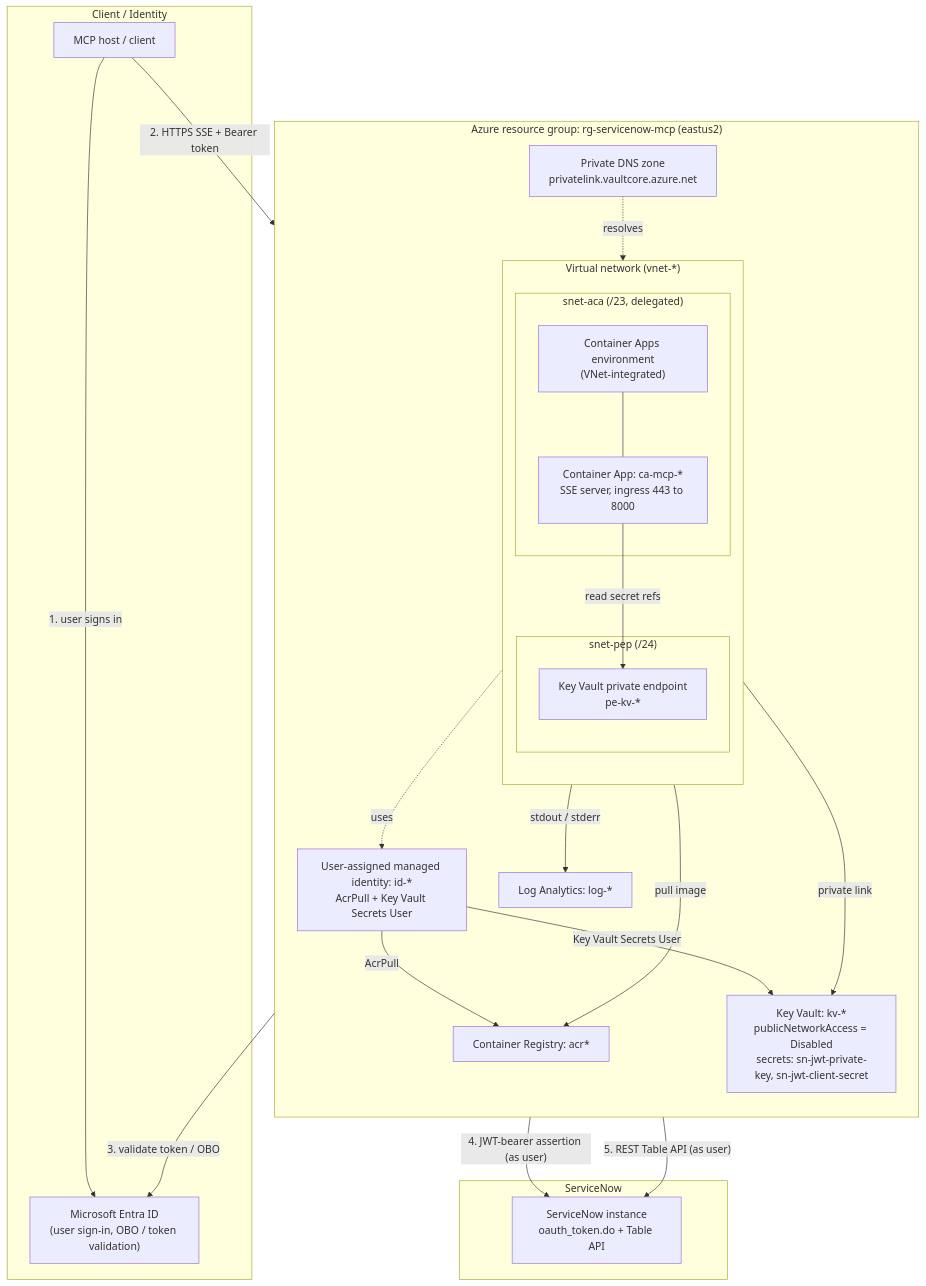
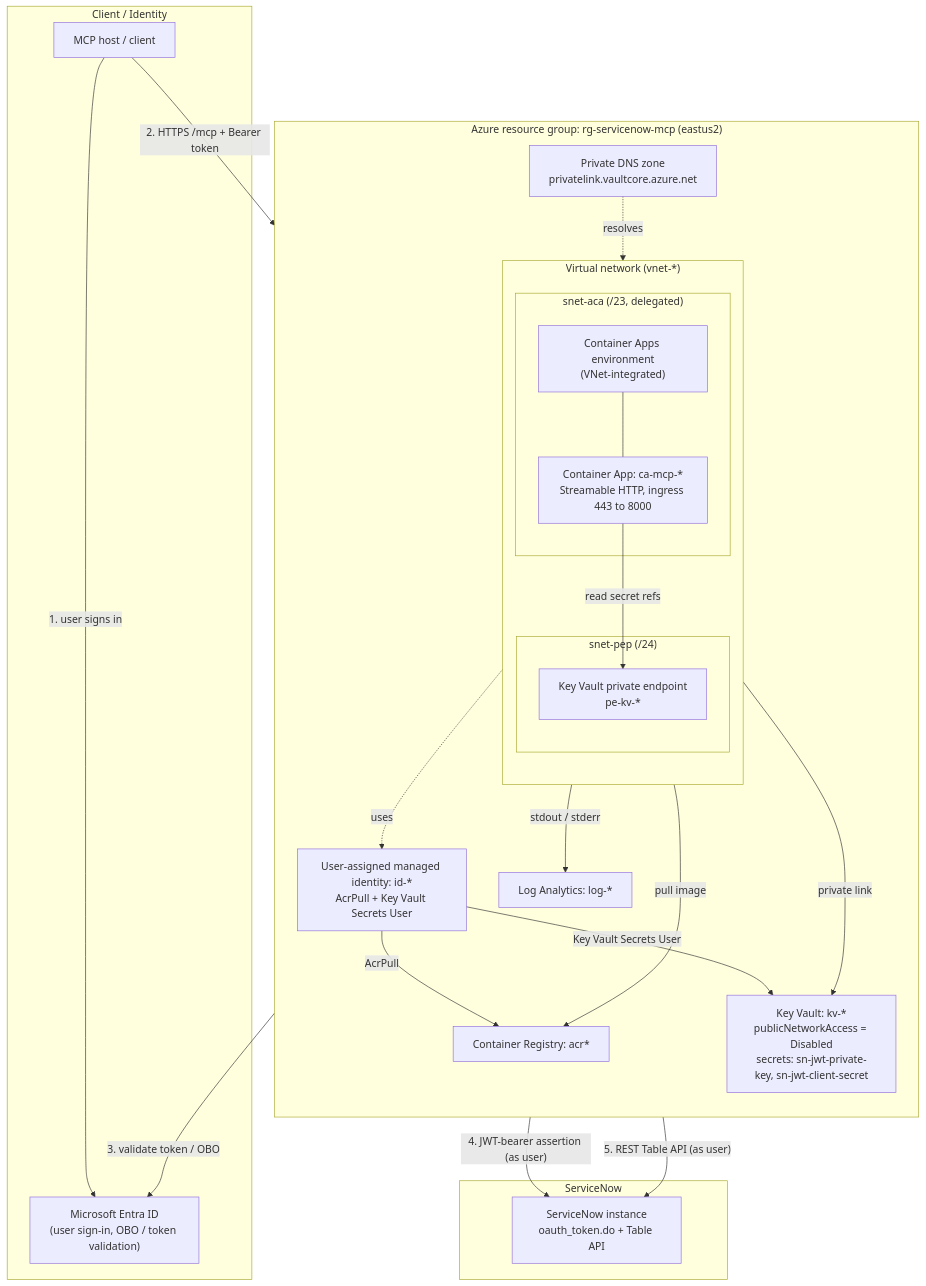
The fourth of 5 diagrams in README.md (drewelewis/ai-servicenow-mcp-obo), drawn with Mermaid before and after one commit. The commit also changed other lines of this file and 20 other files, not shown here.

Commit message:
Add-Streamable-HTTP-and-automate-Entra-deployment

````diff
--- a/README.md
+++ b/README.md
@@ -1140,46 +1098,46 @@
 ```mermaid
 flowchart TB
     subgraph Client["Client / Identity"]
         Host["MCP host / client"]
         Entra["Microsoft Entra ID<br/>(user sign-in, OBO / token validation)"]
     end
 
     subgraph SN["ServiceNow"]
         SNInstance["ServiceNow instance<br/>oauth_token.do + Table API"]
     end
 
     subgraph RG["Azure resource group: rg-servicenow-mcp (eastus2)"]
         direction TB
         subgraph VNet["Virtual network (vnet-*)"]
             direction TB
             subgraph ACASubnet["snet-aca (/23, delegated)"]
                 ACAEnv["Container Apps environment<br/>(VNet-integrated)"]
-                App["Container App: ca-mcp-*<br/>SSE server, ingress 443 to 8000"]
+                App["Container App: ca-mcp-*<br/>Streamable HTTP, ingress 443 to 8000"]
             end
             subgraph PESubnet["snet-pep (/24)"]
                 KVPE["Key Vault private endpoint<br/>pe-kv-*"]
             end
         end
         KV["Key Vault: kv-*<br/>publicNetworkAccess = Disabled<br/>secrets: sn-jwt-private-key, sn-jwt-client-secret"]
         ACR["Container Registry: acr*"]
         UAMI["User-assigned managed identity: id-*<br/>AcrPull + Key Vault Secrets User"]
         Logs["Log Analytics: log-*"]
         DNS["Private DNS zone<br/>privatelink.vaultcore.azure.net"]
     end
 
     Host -- "1. user signs in" --> Entra
-    Host -- "2. HTTPS SSE + Bearer token" --> App
+    Host -- "2. HTTPS /mcp + Bearer token" --> App
     App -- "3. validate token / OBO" --> Entra
     App -- "4. JWT-bearer assertion (as user)" --> SNInstance
     App -- "5. REST Table API (as user)" --> SNInstance
 
     App -. "uses" .-> UAMI
     UAMI -- "AcrPull" --> ACR
     UAMI -- "Key Vault Secrets User" --> KV
     App -- "pull image" --> ACR
     App -- "read secret refs" --> KVPE
     KVPE -- "private link" --> KV
     DNS -. "resolves" .-> KVPE
     App -- "stdout / stderr" --> Logs
     ACAEnv --- App
 ```
````
